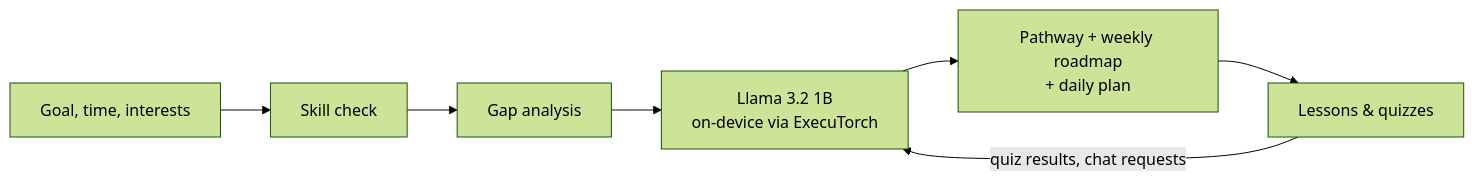
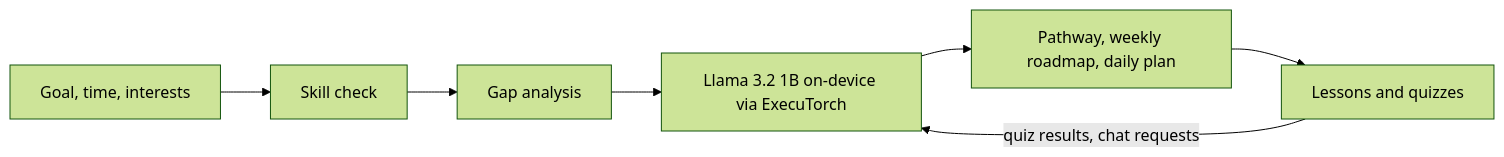
Before and after one commit to sohaaammmm/AdSo-AI: the diagram in README.md, drawn with Mermaid (forest theme).

````diff
--- a/README.md
+++ b/README.md
@@ -65,9 +65,9 @@
 ```mermaid
 flowchart LR
-    A[Goal, time, interests] --> B[Skill check]
-    B --> C[Gap analysis]
-    C --> D[Llama 3.2 1B<br/>on-device via ExecuTorch]
-    D --> E[Pathway + weekly roadmap<br/>+ daily plan]
-    E --> F[Lessons & quizzes]
-    F -->|quiz results, chat requests| D
+    A["Goal, time, interests"] --> B["Skill check"]
+    B --> C["Gap analysis"]
+    C --> D["Llama 3.2 1B on-device via ExecuTorch"]
+    D --> E["Pathway, weekly roadmap, daily plan"]
+    E --> F["Lessons and quizzes"]
+    F -->|"quiz results, chat requests"| D
 ```
````
